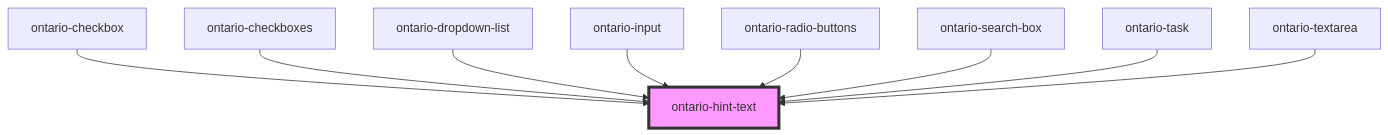
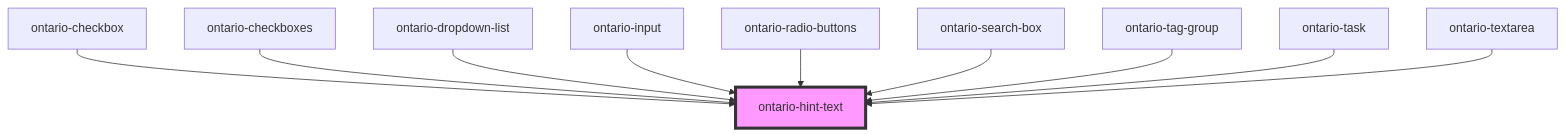
Before and after one commit to ongov/ontario-design-system: the diagram in packages/ontario-design-system-component-library/src/components/ontario-hint-text/readme.md, drawn with Mermaid. The commit also changed other lines of this file and 6 other files, not shown here.

Commit message:
feat(tag-group): add hint text and match the figma heading style and widths

````diff
--- a/packages/ontario-design-system-component-library/src/components/ontario-hint-text/readme.md
+++ b/packages/ontario-design-system-component-library/src/components/ontario-hint-text/readme.md
@@ -189,12 +190,13 @@
 ```mermaid
 graph TD;
   ontario-checkbox --> ontario-hint-text
   ontario-checkboxes --> ontario-hint-text
   ontario-dropdown-list --> ontario-hint-text
   ontario-input --> ontario-hint-text
   ontario-radio-buttons --> ontario-hint-text
   ontario-search-box --> ontario-hint-text
+  ontario-tag-group --> ontario-hint-text
   ontario-task --> ontario-hint-text
   ontario-textarea --> ontario-hint-text
   style ontario-hint-text fill:#f9f,stroke:#333,stroke-width:4px
 ```
````
